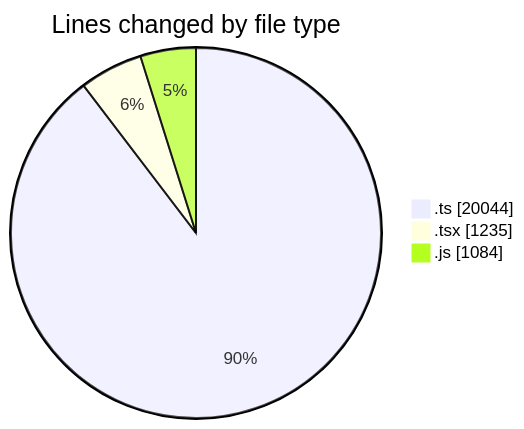
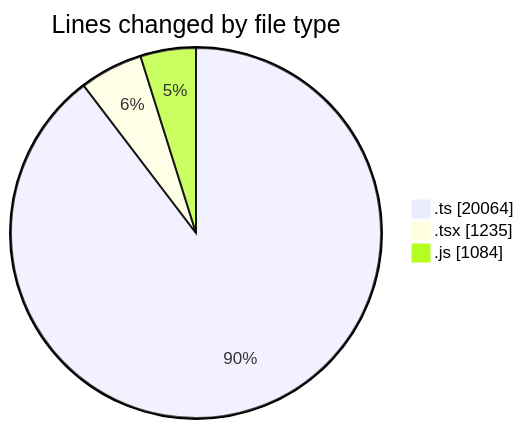
One commit to momahboobian/code-tracking changed the first of 2 diagrams in 2025-06-23/cda/README.md. Above: the diagram before and after it, drawn with Mermaid. The commit also changed other lines of this file and 1 other file, not shown here.

````diff
--- a/2025-06-23/cda/README.md
+++ b/2025-06-23/cda/README.md
@@ -31,7 +31,7 @@
 ```mermaid
 pie showData
 title Lines changed by file type
-".ts" : 20044
+".ts" : 20064
 ".tsx" : 1235
 ".js" : 1084
 ```
````
